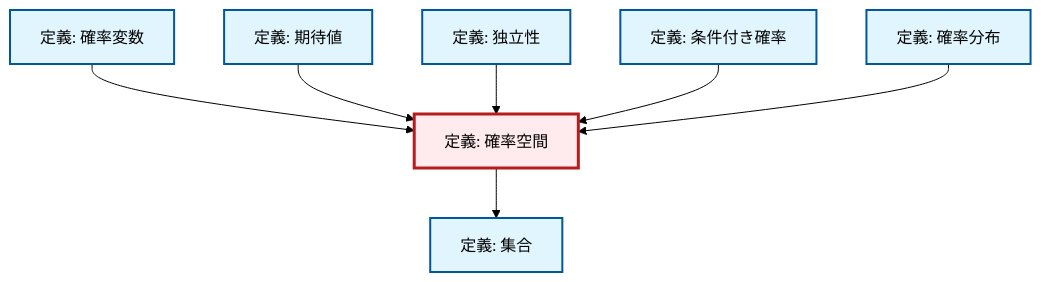
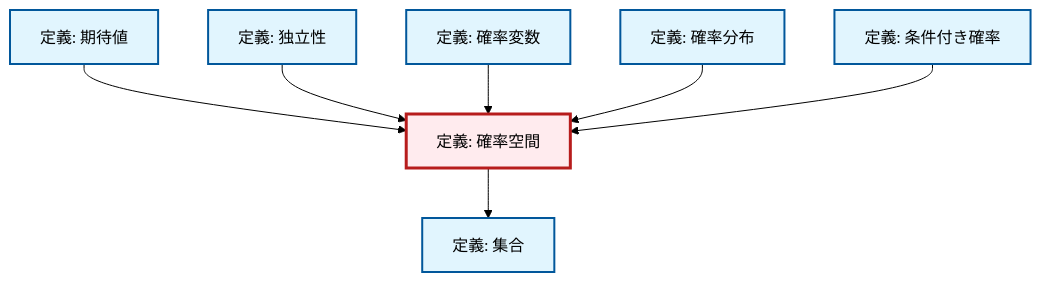
Before and after one commit to RK0429/ModernMath: the diagram in content/ja/probability-statistics/def-probability-space.qmd, drawn with Mermaid (forest theme). The commit also changed 672 other files, not shown here.

````diff
--- a/content/ja/probability-statistics/def-probability-space.qmd
+++ b/content/ja/probability-statistics/def-probability-space.qmd
@@ -47,29 +47,29 @@
 ```{mermaid}
-%%| fig-cap: "Local dependency graph"
+%%| fig-cap: "ローカル依存関係グラフ"
 graph TD
     classDef definition fill:#e1f5fe,stroke:#01579b,stroke-width:2px
     classDef theorem fill:#f3e5f5,stroke:#4a148c,stroke-width:2px
     classDef axiom fill:#fff3e0,stroke:#e65100,stroke-width:2px
     classDef example fill:#e8f5e9,stroke:#1b5e20,stroke-width:2px
     classDef current fill:#ffebee,stroke:#b71c1c,stroke-width:3px
+    def-set["定義: 集合"]:::definition
+    def-probability-space["定義: 確率空間"]:::definition
+    def-independence["定義: 独立性"]:::definition
+    def-expectation["定義: 期待値"]:::definition
     def-probability-distribution["定義: 確率分布"]:::definition
-    def-expectation["定義: 期待値"]:::definition
     def-conditional-probability["定義: 条件付き確率"]:::definition
-    def-set["定義: 集合"]:::definition
     def-random-variable["定義: 確率変数"]:::definition
-    def-independence["定義: 独立性"]:::definition
-    def-probability-space["定義: 確率空間"]:::definition
-    def-random-variable --> def-probability-space
     def-expectation --> def-probability-space
     def-probability-space --> def-set
     def-independence --> def-probability-space
+    def-random-variable --> def-probability-space
+    def-probability-distribution --> def-probability-space
     def-conditional-probability --> def-probability-space
-    def-probability-distribution --> def-probability-space
     class def-probability-space current
+    click def-set "def-set.html" "集合の定義へ"
+    click def-independence "def-independence.html" "独立性の定義へ"
+    click def-expectation "def-expectation.html" "期待値の定義へ"
     click def-probability-distribution "def-probability-distribution.html" "確率分布の定義へ"
-    click def-expectation "def-expectation.html" "期待値の定義へ"
     click def-conditional-probability "def-conditional-probability.html" "条件付き確率の定義へ"
-    click def-set "def-set.html" "集合の定義へ"
     click def-random-variable "def-random-variable.html" "確率変数の定義へ"
-    click def-independence "def-independence.html" "独立性の定義へ"
 ```
````
